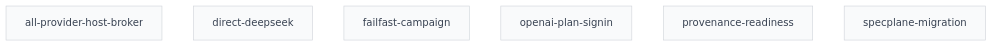
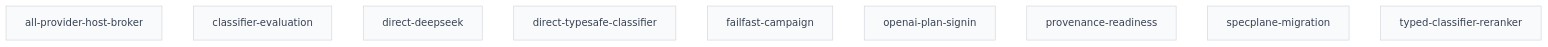
One commit to SpiralSky/ai-workflow changed the diagram in plans/PLANS.md. Above: the diagram before and after it, drawn with Mermaid. The commit also changed other lines of this file and 55 other files, not shown here.

Commit message:
feat: typed classifier filtering and direct TypeSafe estimates (source b810601)

````diff
--- a/plans/PLANS.md
+++ b/plans/PLANS.md
@@ -22,16 +25,19 @@
 ```mermaid
 graph TD
     p_2026_11_01_all_provider_host_broker[all-provider-host-broker]:::draft
+    p_2026_11_01_classifier_evaluation[classifier-evaluation]:::draft
     p_2026_11_01_direct_deepseek[direct-deepseek]:::draft
+    p_2026_11_01_direct_typesafe_classifier[direct-typesafe-classifier]:::draft
     p_2026_11_01_failfast_campaign[failfast-campaign]:::draft
     p_2026_11_01_openai_plan_signin[openai-plan-signin]:::draft
     p_2026_11_01_provenance_readiness[provenance-readiness]:::draft
     p_2026_11_01_specplane_migration[specplane-migration]:::draft
+    p_2026_11_01_typed_classifier_reranker[typed-classifier-reranker]:::draft
     classDef draft fill:#f9fafb,color:#374151,stroke:#d1d5db
     classDef ready fill:#22c55e,color:#fff
     classDef blocked fill:#ef4444,color:#fff
     classDef in_progress fill:#3b82f6,color:#fff
     classDef review fill:#60a5fa,color:#fff
     classDef done fill:#9ca3af,color:#fff
     classDef abandoned fill:#9ca3af,color:#fff,text-decoration:line-through
 ```
````
